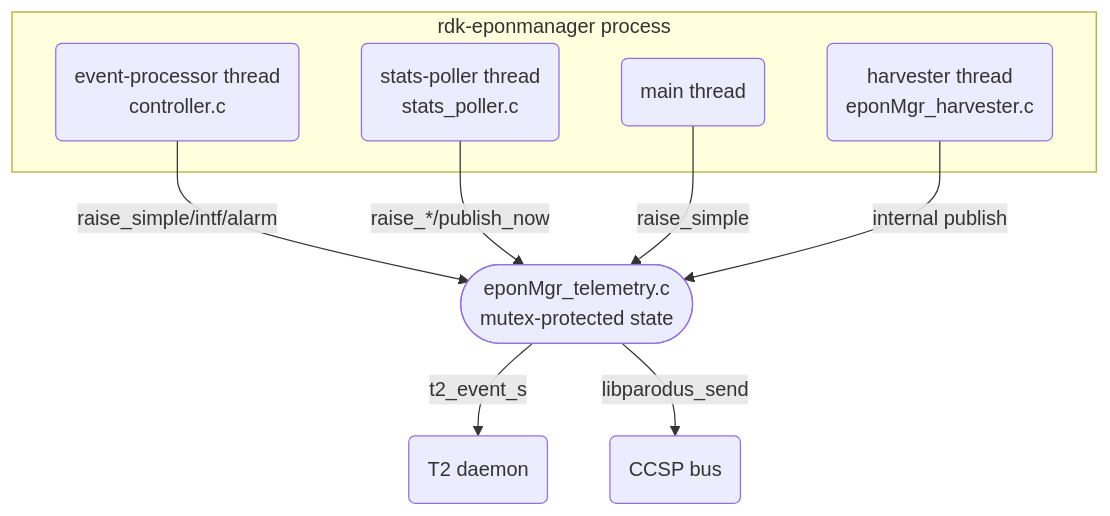
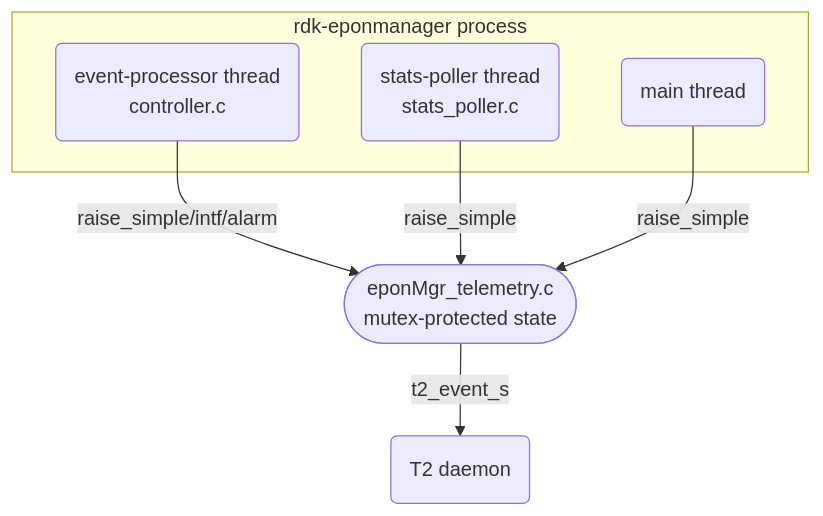
One commit to rdkcentral/epon-manager changed the fourth of 6 diagrams in design_docs/08_Telemetry_Design.md. Above: the diagram before and after it, drawn with Mermaid. The commit also changed other lines of this file and 16 other files, not shown here.

````diff
--- a/design_docs/08_Telemetry_Design.md
+++ b/design_docs/08_Telemetry_Design.md
@@ -155,17 +109,14 @@
 ```mermaid
 flowchart TB
     subgraph proc [rdk-eponmanager process]
         MT(main thread)
         EVT(event-processor thread<br/>controller.c)
         STP(stats-poller thread<br/>stats_poller.c)
-        HRT(harvester thread<br/>eponMgr_harvester.c)
     end
 
     EVT -- raise_simple/intf/alarm --> TELE([eponMgr_telemetry.c<br/>mutex-protected state])
-    STP -- raise_*/publish_now --> TELE
+    STP -- raise_simple --> TELE
     MT  -- raise_simple --> TELE
-    HRT -- internal publish --> TELE
 
     TELE -- t2_event_s --> T2(T2 daemon)
-    TELE -- libparodus_send --> WP(CCSP bus)
 ```
````
